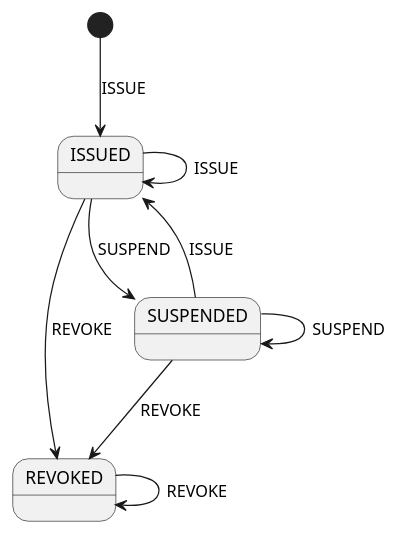
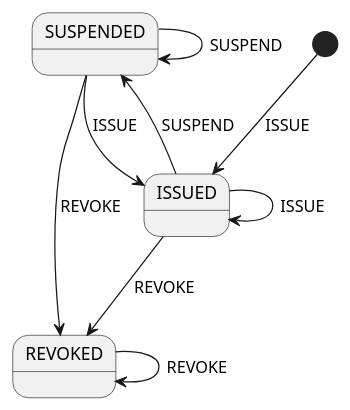
One commit to swiyu-admin-ch/swiyu-issuer changed the diagram in issuer-service/src/main/resources/plantuml/credentialManagementStateMachine.puml. Above: the diagram before and after it, drawn with PlantUML. The commit also changed other lines of this file and 11 other files, not shown here.

```diff
--- a/issuer-service/src/main/resources/plantuml/credentialManagementStateMachine.puml
+++ b/issuer-service/src/main/resources/plantuml/credentialManagementStateMachine.puml
@@ -1,13 +1,13 @@
 @startuml
+state SUSPENDED
+state REVOKED
 state ISSUED
-state REVOKED
-state SUSPENDED
 [*] --> ISSUED : ISSUE
 ISSUED --> SUSPENDED : SUSPEND
 ISSUED --> ISSUED : ISSUE
 SUSPENDED --> ISSUED : ISSUE
 ISSUED --> REVOKED : REVOKE
 SUSPENDED --> REVOKED : REVOKE
 REVOKED --> REVOKED : REVOKE
 SUSPENDED --> SUSPENDED : SUSPEND
 @enduml
```
